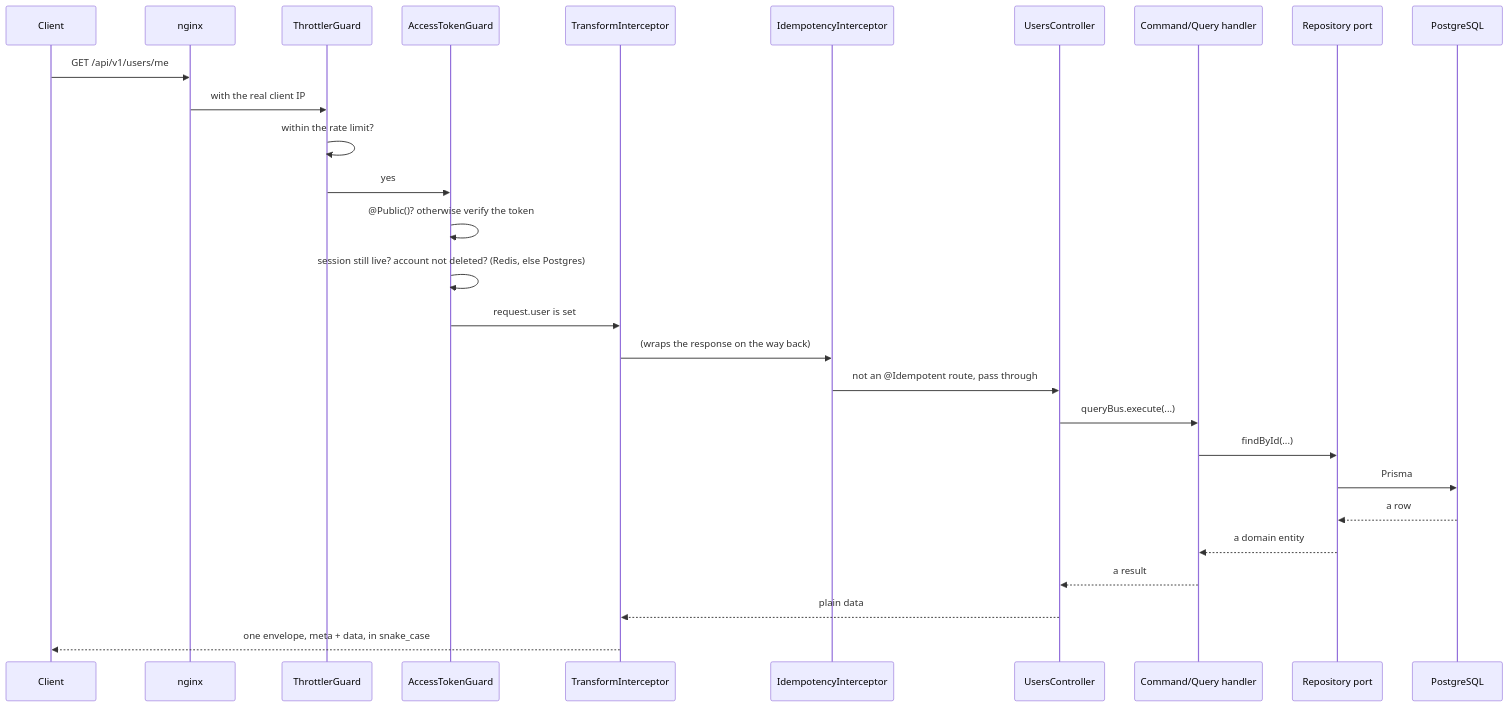
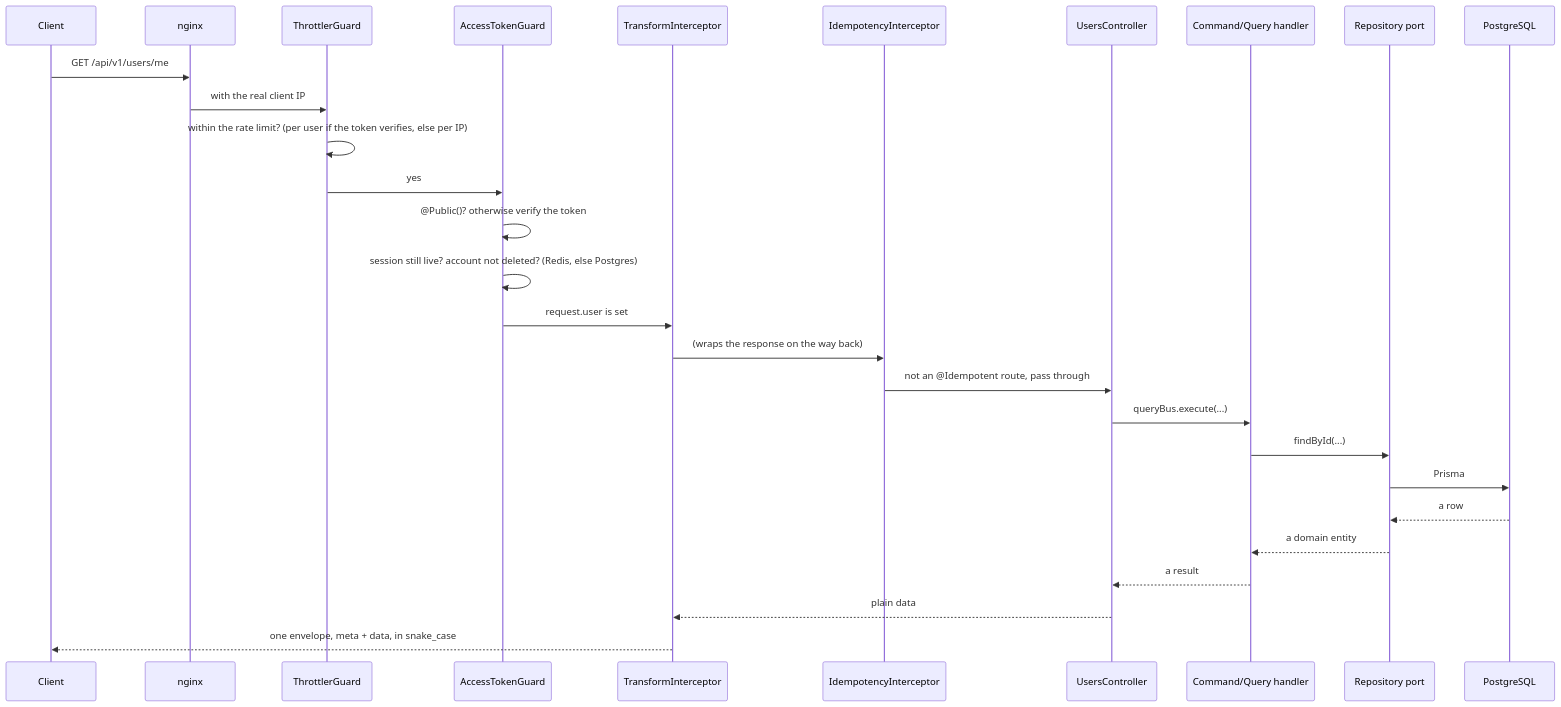
The second of 5 diagrams in OVERVIEW.md (StoriuSs/NezFocus-Backend), drawn with Mermaid before and after one commit. The commit also changed other lines of this file and 34 other files, not shown here.

First line of the commit message:
feat(auth): count signed-in requests per user and auth limits per IP in 5 minute windows (L9)

````diff
--- a/OVERVIEW.md
+++ b/OVERVIEW.md
@@ -138,31 +138,31 @@
 ```mermaid
 sequenceDiagram
     participant C as Client
     participant N as nginx
     participant Th as ThrottlerGuard
     participant Au as AccessTokenGuard
     participant Tr as TransformInterceptor
     participant Id as IdempotencyInterceptor
     participant Ct as UsersController
     participant H as Command/Query handler
     participant Rp as Repository port
     participant DB as PostgreSQL
 
     C->>N: GET /api/v1/users/me
     N->>Th: with the real client IP
-    Th->>Th: within the rate limit?
+    Th->>Th: within the rate limit? (per user if the token verifies, else per IP)
     Th->>Au: yes
     Au->>Au: @Public()? otherwise verify the token
     Au->>Au: session still live? account not deleted? (Redis, else Postgres)
     Au->>Tr: request.user is set
     Tr->>Id: (wraps the response on the way back)
     Id->>Ct: not an @Idempotent route, pass through
     Ct->>H: queryBus.execute(...)
     H->>Rp: findById(...)
     Rp->>DB: Prisma
     DB-->>Rp: a row
     Rp-->>H: a domain entity
     H-->>Ct: a result
     Ct-->>Tr: plain data
     Tr-->>C: one envelope, meta + data, in snake_case
 ```
````
